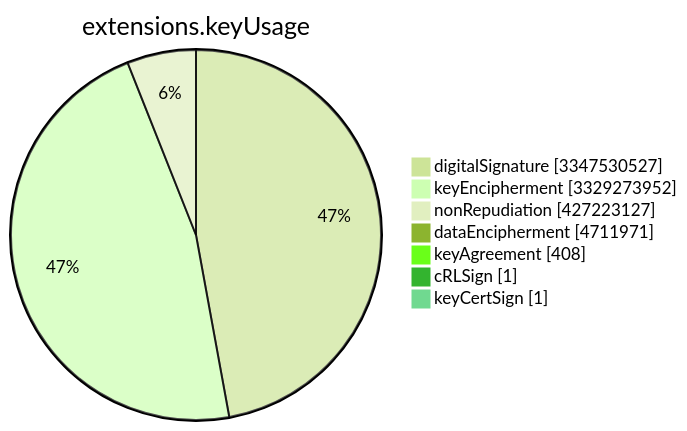
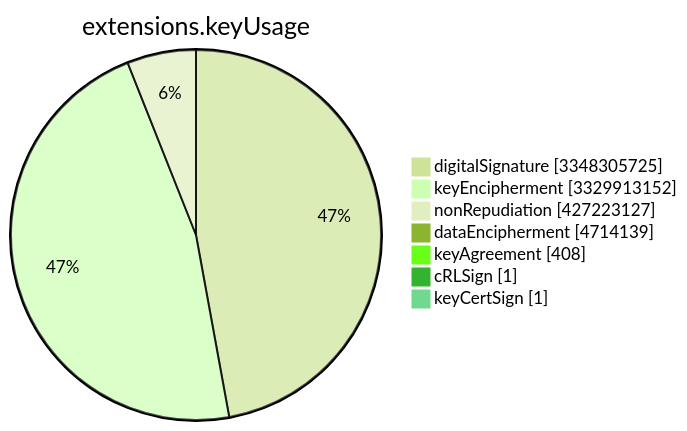
Before and after one commit to christiankrug/ctmonitor_visualization: the sixth of 15 diagrams in TOTAL/README.md, drawn with Mermaid (forest theme). The commit also changed other lines of this file, not shown here.

````diff
--- a/TOTAL/README.md
+++ b/TOTAL/README.md
@@ -3079,11 +3079,11 @@
 ```mermaid
 pie showData
 title extensions.keyUsage
-"digitalSignature" :3347530527
-"keyEncipherment" :3329273952
+"digitalSignature" :3348305725
+"keyEncipherment" :3329913152
 "nonRepudiation" :427223127
-"dataEncipherment" :4711971
+"dataEncipherment" :4714139
 "keyAgreement" :408
 "cRLSign" :1
 "keyCertSign" :1
 ```
````
